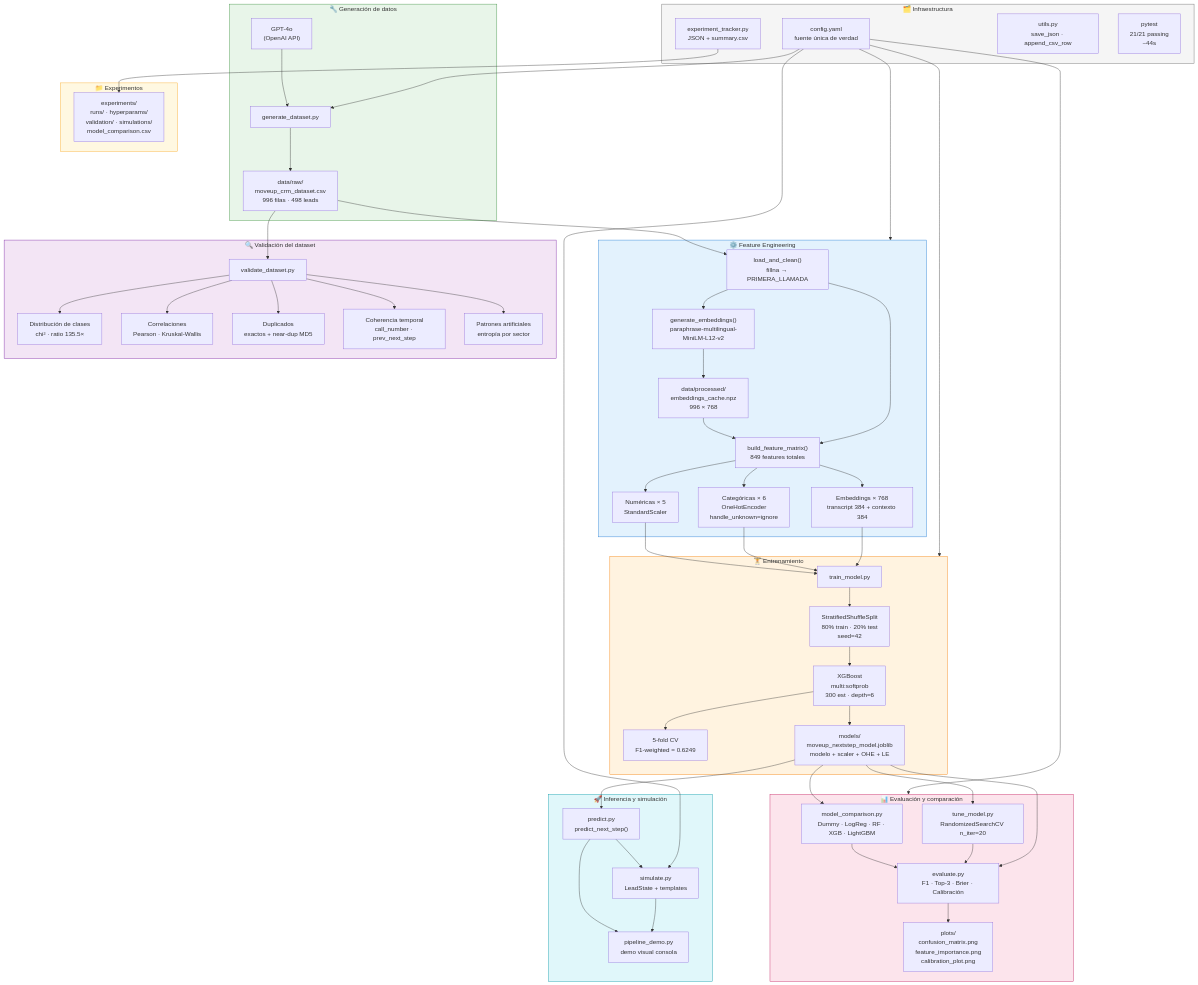
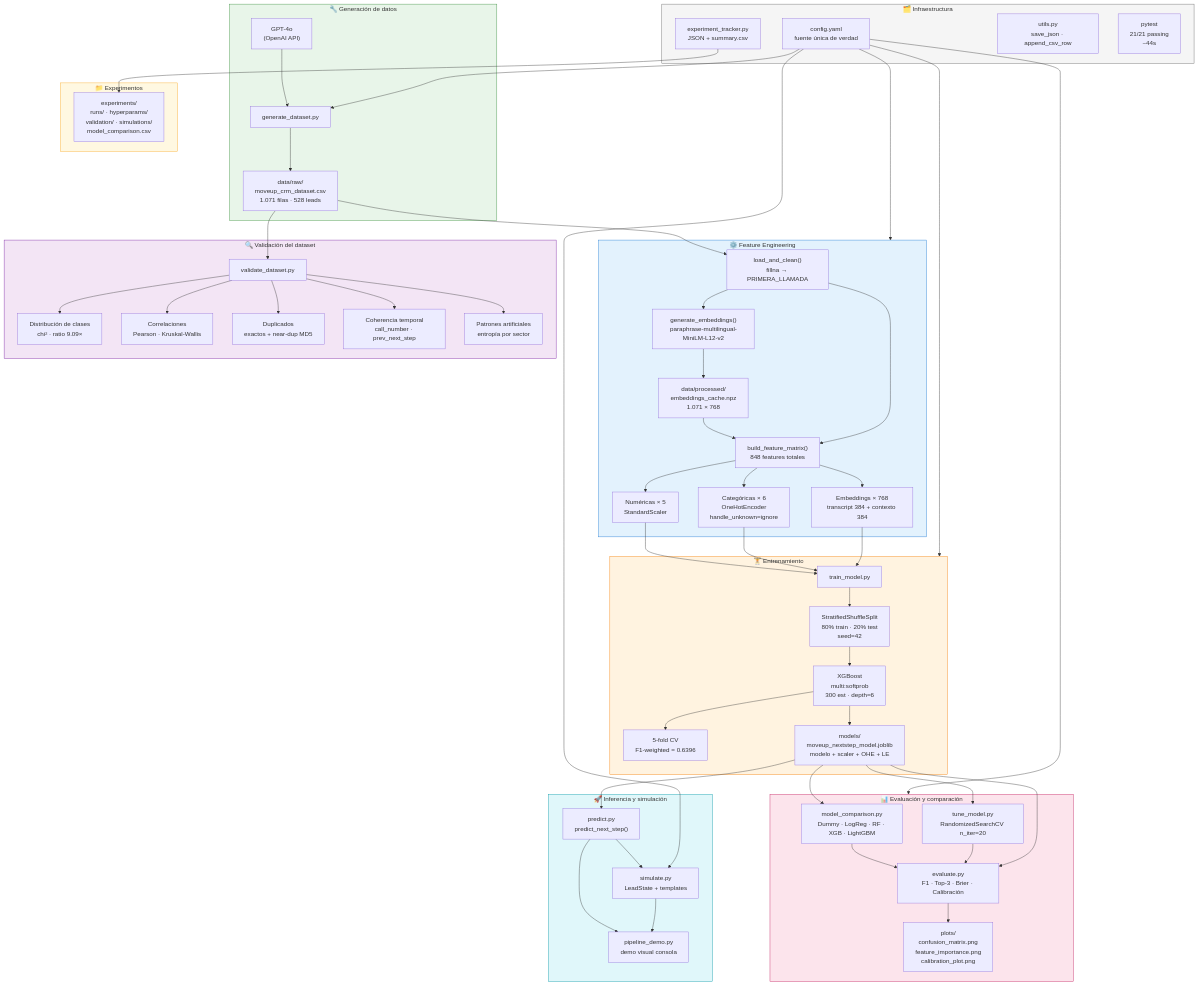
The first of 4 diagrams in docs/architecture.md (juanleal14/TFM-Asistente-leads-automatizar-CRM), drawn with Mermaid before and after one commit. The commit also changed other lines of this file and 16 other files, not shown here.

```diff
--- a/docs/architecture.md
+++ b/docs/architecture.md
@@ -7,15 +7,15 @@
     subgraph GEN["🔧 Generación de datos"]
         GPT["GPT-4o\n(OpenAI API)"]
         GDS["generate_dataset.py"]
-        CSV["data/raw/\nmoveup_crm_dataset.csv\n996 filas · 498 leads"]
+        CSV["data/raw/\nmoveup_crm_dataset.csv\n1.071 filas · 528 leads"]
         GPT --> GDS --> CSV
     end
 
     subgraph FE["⚙️ Feature Engineering"]
         LAC["load_and_clean()\nfillna → PRIMERA_LLAMADA"]
         EMB["generate_embeddings()\nparaphrase-multilingual-MiniLM-L12-v2"]
-        EMB_CACHE["data/processed/\nembeddings_cache.npz\n996 × 768"]
-        BFM["build_feature_matrix()\n849 features totales"]
+        EMB_CACHE["data/processed/\nembeddings_cache.npz\n1.071 × 768"]
+        BFM["build_feature_matrix()\n848 features totales"]
 
         NUM["Numéricas × 5\nStandardScaler"]
         OHE["Categóricas × 6\nOneHotEncoder\nhandle_unknown=ignore"]
@@ -34,7 +34,7 @@
         TM["train_model.py"]
         SPLIT["StratifiedShuffleSplit\n80% train · 20% test\nseed=42"]
         XGB["XGBoost\nmulti:softprob\n300 est · depth=6"]
-        CV["5-fold CV\nF1-weighted = 0.6249"]
+        CV["5-fold CV\nF1-weighted = 0.6396"]
         JOBLIB["models/\nmoveup_nextstep_model.joblib\nmodelo + scaler + OHE + LE"]
 
         TM --> SPLIT
@@ -56,7 +56,7 @@
 
     subgraph VAL["🔍 Validación del dataset"]
         VD["validate_dataset.py"]
-        C1["Distribución de clases\nchi² · ratio 135.5×"]
+        C1["Distribución de clases\nchi² · ratio 9.09×"]
         C2["Correlaciones\nPearson · Kruskal-Wallis"]
         C3["Duplicados\nexactos + near-dup MD5"]
         C4["Coherencia temporal\ncall_number · prev_next_step"]
```
